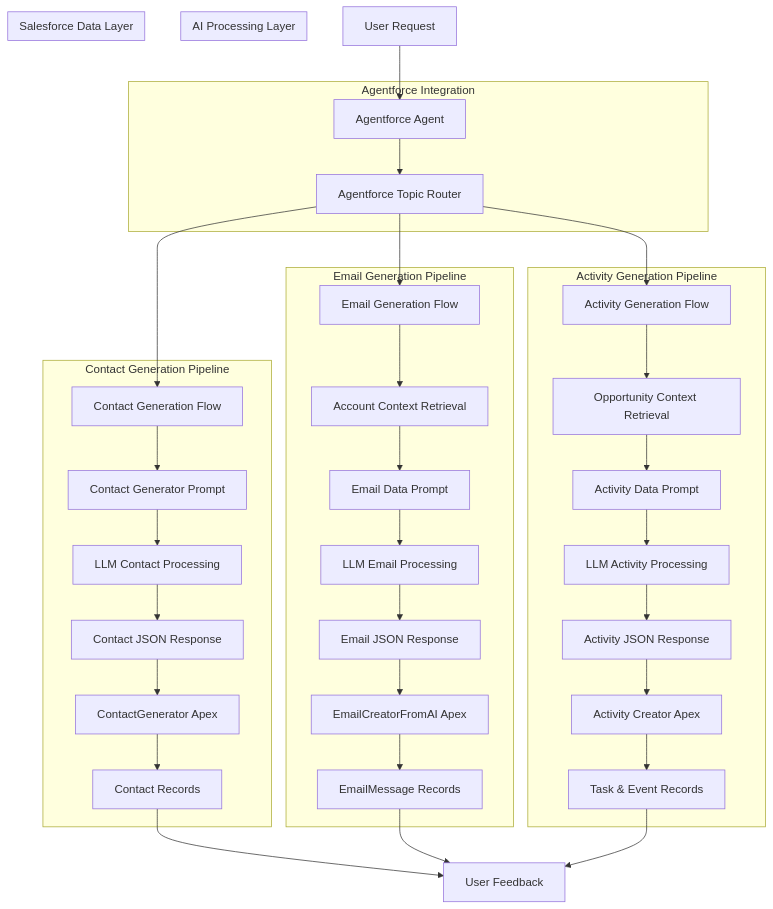
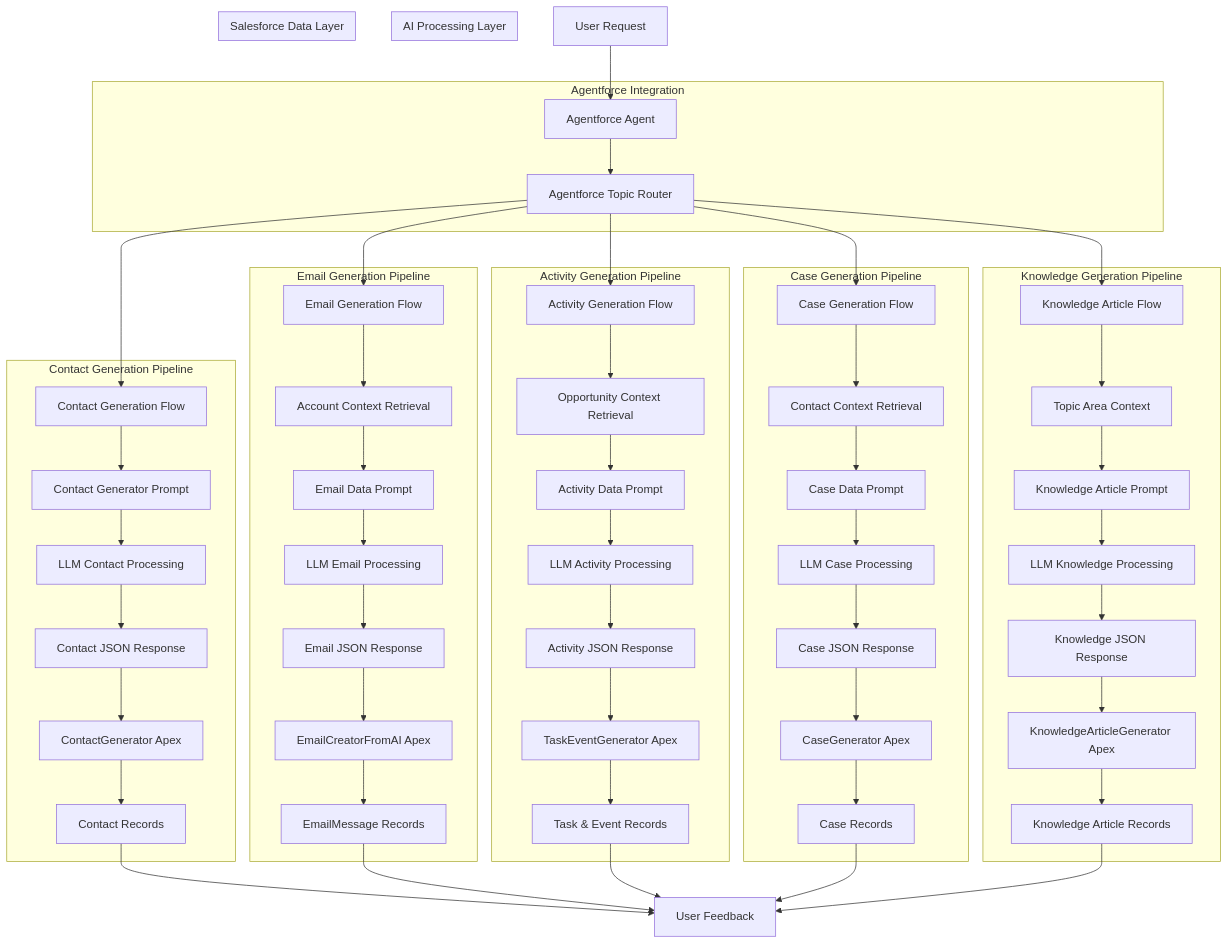
The diagram in README.md (dylandersen/salesforce-mock-data-gen), drawn with Mermaid before and after one commit. The commit also changed other lines of this file, not shown here.

First line of the commit message:
Update README with Case Generation and Knowledge Article Generation documentation

```diff
--- a/README.md
+++ b/README.md
@@ -12,6 +12,8 @@
     C --> D1[Contact Generation Flow]
     C --> D2[Email Generation Flow]
     C --> D3[Activity Generation Flow]
+    C --> D4[Case Generation Flow]
+    C --> D5[Knowledge Article Flow]
     
     subgraph "Contact Generation Pipeline"
         D1 --> E1[Contact Generator Prompt]
@@ -35,33 +37,63 @@
         E3 --> F3[Activity Data Prompt]
         F3 --> G3[LLM Activity Processing]
         G3 --> H3[Activity JSON Response]
-        H3 --> I3[Activity Creator Apex]
+        H3 --> I3[TaskEventGenerator Apex]
         I3 --> J3[Task & Event Records]
+    end
+    
+    subgraph "Case Generation Pipeline"
+        D4 --> E4[Contact Context Retrieval]
+        E4 --> F4[Case Data Prompt]
+        F4 --> G4[LLM Case Processing]
+        G4 --> H4[Case JSON Response]
+        H4 --> I4[CaseGenerator Apex]
+        I4 --> J4[Case Records]
+    end
+    
+    subgraph "Knowledge Generation Pipeline"
+        D5 --> E5[Topic Area Context]
+        E5 --> F5[Knowledge Article Prompt]
+        F5 --> G5[LLM Knowledge Processing]
+        G5 --> H5[Knowledge JSON Response]
+        H5 --> I5[KnowledgeArticleGenerator Apex]
+        I5 --> J5[Knowledge Article Records]
     end
     
     I1 --> K[User Feedback]
     J2 --> K
     J3 --> K
+    J4 --> K
+    J5 --> K
     
     subgraph "AI Processing Layer"
         E1
         E2
         E3
+        E4
+        E5
         F1
         F2
         F3
+        F4
+        F5
         G1
         G2
         G3
+        G4
+        G5
         H1
         H2
         H3
+        H4
+        H5
     end
     
     subgraph "Salesforce Data Layer"
         I1
         J2
         J3
+        J4
+        J5
     end
     
     subgraph "Agentforce Integration"
```
